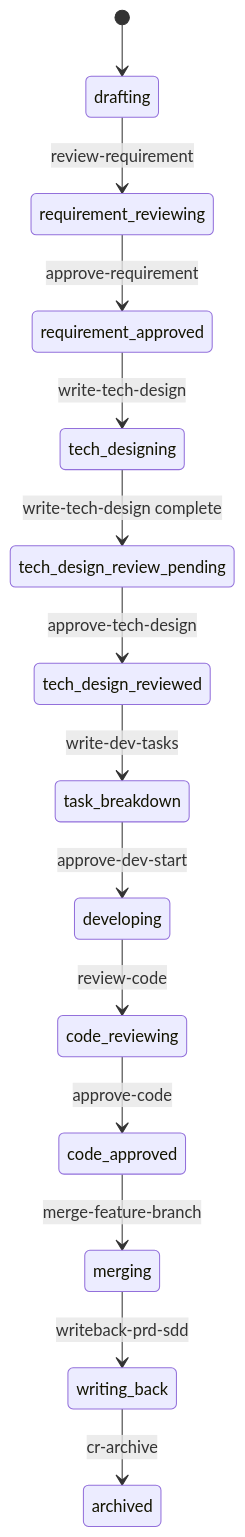
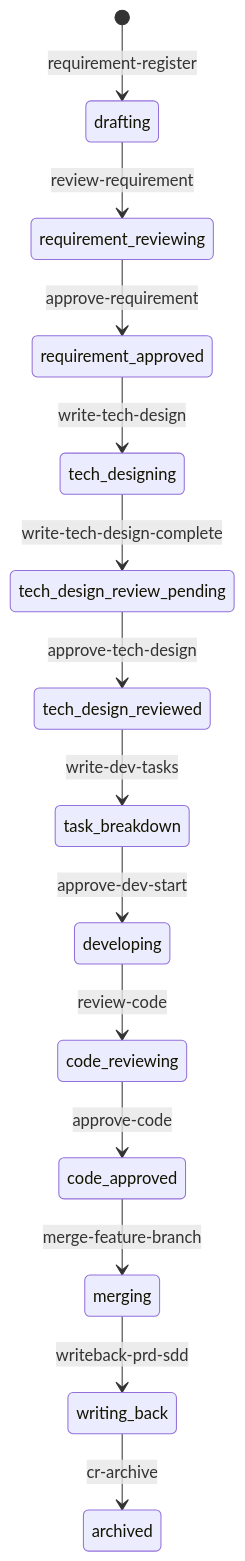
One commit to OldBoy405/AI-First-tools changed the first of 2 diagrams in openwiki/quickstart.md. Above: the diagram before and after it, drawn with Mermaid. The commit also changed other lines of this file and 11 other files, not shown here.

````diff
--- a/openwiki/quickstart.md
+++ b/openwiki/quickstart.md
@@ -32,16 +45,16 @@
 ```mermaid
 stateDiagram-v2
-    [*] --> drafting
+    [*] --> drafting: requirement-register
     drafting --> requirement_reviewing: review-requirement
     requirement_reviewing --> requirement_approved: approve-requirement
     requirement_approved --> tech_designing: write-tech-design
-    tech_designing --> tech_design_review_pending: write-tech-design complete
+    tech_designing --> tech_design_review_pending: write-tech-design-complete
     tech_design_review_pending --> tech_design_reviewed: approve-tech-design
     tech_design_reviewed --> task_breakdown: write-dev-tasks
     task_breakdown --> developing: approve-dev-start
     developing --> code_reviewing: review-code
     code_reviewing --> code_approved: approve-code
     code_approved --> merging: merge-feature-branch
     merging --> writing_back: writeback-prd-sdd
     writing_back --> archived: cr-archive
 ```
````
